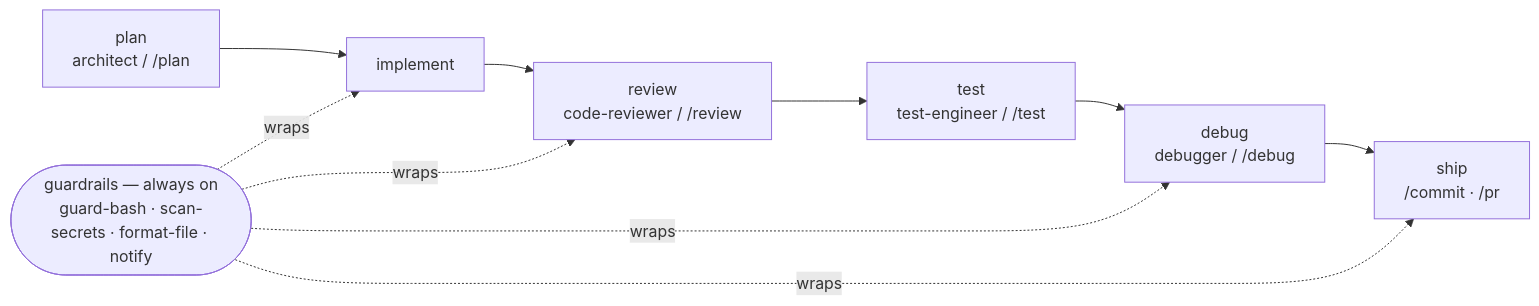
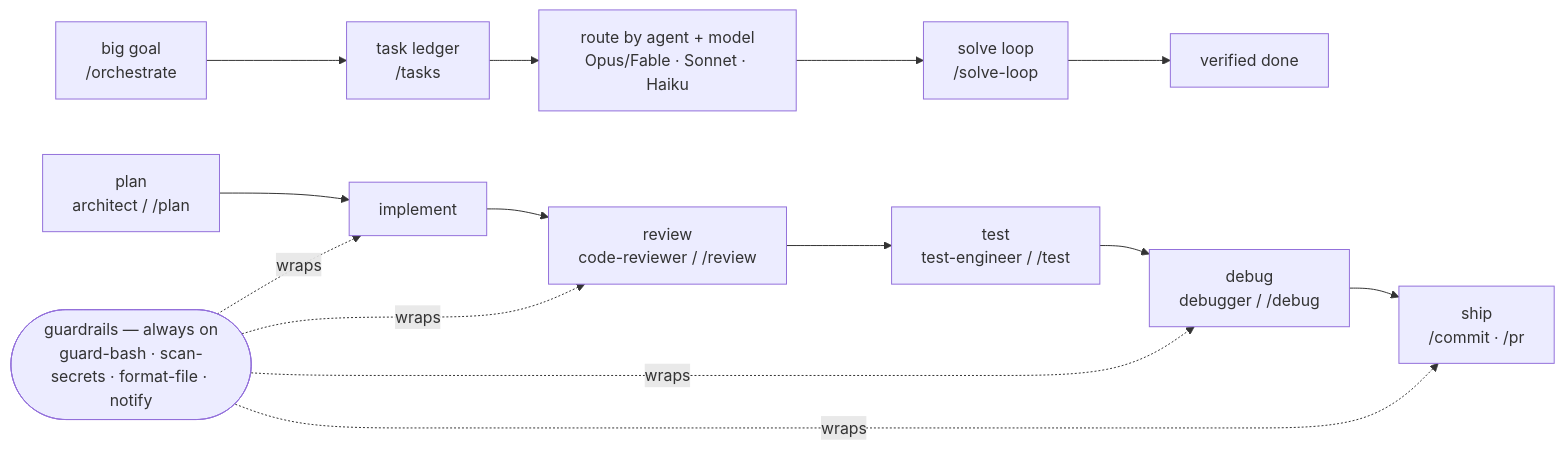
Before and after one commit to AlisinaDevelo/md-files: the diagram in README.md, drawn with Mermaid. The commit also changed other lines of this file and 23 other files, not shown here.

````diff
--- a/README.md
+++ b/README.md
@@ -203,14 +227,19 @@
 ```mermaid
 flowchart LR
+  goal["big goal\n/orchestrate"] --> ledger["task ledger\n/tasks"]
+  ledger --> route["route by agent + model\nOpus/Fable · Sonnet · Haiku"]
+  route --> loop["solve loop\n/solve-loop"]
+  loop --> done["verified done"]
+
   plan["plan\narchitect / /plan"] --> impl[implement]
   impl --> review["review\ncode-reviewer / /review"]
   review --> test["test\ntest-engineer / /test"]
   test --> debug["debug\ndebugger / /debug"]
   debug --> ship["ship\n/commit · /pr"]
 
   guard(["guardrails — always on\nguard-bash · scan-secrets · format-file · notify"])
   guard -. wraps .-> impl
   guard -. wraps .-> review
   guard -. wraps .-> debug
   guard -. wraps .-> ship
 ```
````
